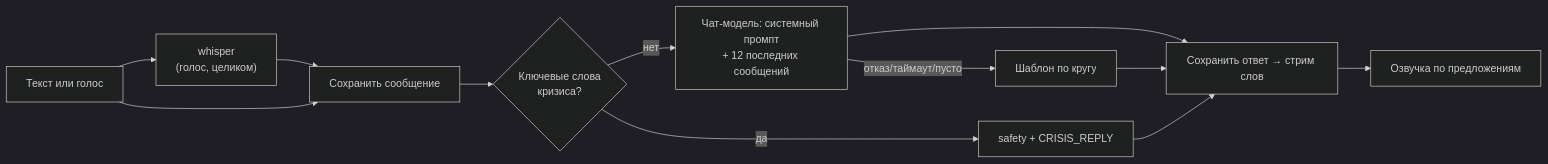
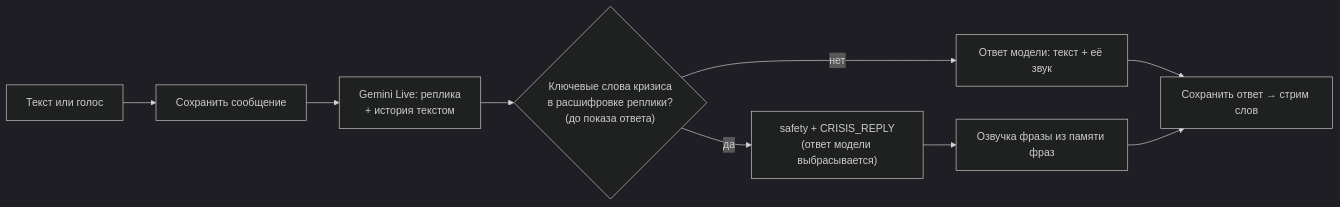
One commit to playa69/ryadom changed the third of 5 diagrams in docs/spec.md. Above: the diagram before and after it, drawn with Mermaid (dark theme). The commit also changed other lines of this file and 9 other files, not shown here.

````diff
--- a/docs/spec.md
+++ b/docs/spec.md
@@ -369,14 +369,11 @@
 ```mermaid title="Конвейер реплики — как есть"
 flowchart LR
-  IN["Текст или голос"] --> STT["whisper<br/>(голос, целиком)"]
-  STT --> SAVE["Сохранить сообщение"]
-  IN --> SAVE
-  SAVE --> CR{"Ключевые слова<br/>кризиса?"}
-  CR -->|да| SF["safety + CRISIS_REPLY"]
-  CR -->|нет| LLM["Чат-модель: системный промпт<br/>+ 12 последних сообщений"]
-  LLM -->|отказ/таймаут/пусто| TPL["Шаблон по кругу"]
-  LLM --> OUT["Сохранить ответ → стрим слов"]
-  TPL --> OUT
-  SF --> OUT
-  OUT --> TTS["Озвучка по предложениям"]
+  IN["Текст или голос"] --> SAVE["Сохранить сообщение"]
+  SAVE --> LIVE["Gemini Live: реплика<br/>+ история текстом"]
+  LIVE --> CR{"Ключевые слова кризиса<br/>в расшифровке реплики?<br/>(до показа ответа)"}
+  CR -->|да| SF["safety + CRISIS_REPLY<br/>(ответ модели выбрасывается)"]
+  CR -->|нет| ANS["Ответ модели: текст + её звук"]
+  SF --> TTS["Озвучка фразы из памяти фраз"]
+  ANS --> OUT["Сохранить ответ → стрим слов"]
+  TTS --> OUT
 ```
````
